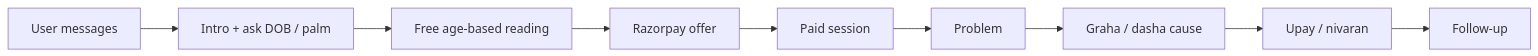
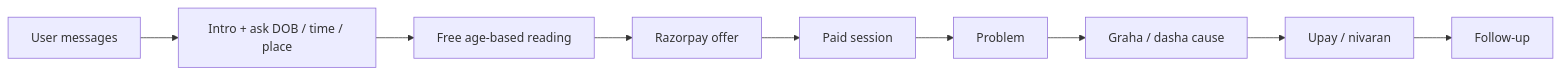
One commit to ayushkumarsingh2422005/pandit-g changed the diagram in README.md. Above: the diagram before and after it, drawn with Mermaid. The commit also changed other lines of this file and 13 other files, not shown here.

````diff
--- a/README.md
+++ b/README.md
@@ -192,11 +192,11 @@
 ```mermaid
 flowchart LR
-  A[User messages] --> B[Intro + ask DOB / palm]
+  A[User messages] --> B[Intro + ask DOB / time / place]
   B --> C[Free age-based reading]
   C --> D[Razorpay offer]
   D --> E[Paid session]
   E --> F[Problem]
   F --> G[Graha / dasha cause]
   G --> H[Upay / nivaran]
   H --> I[Follow-up]
 ```
````
